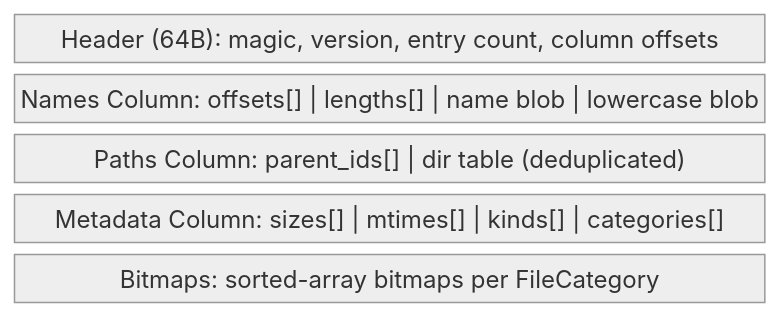
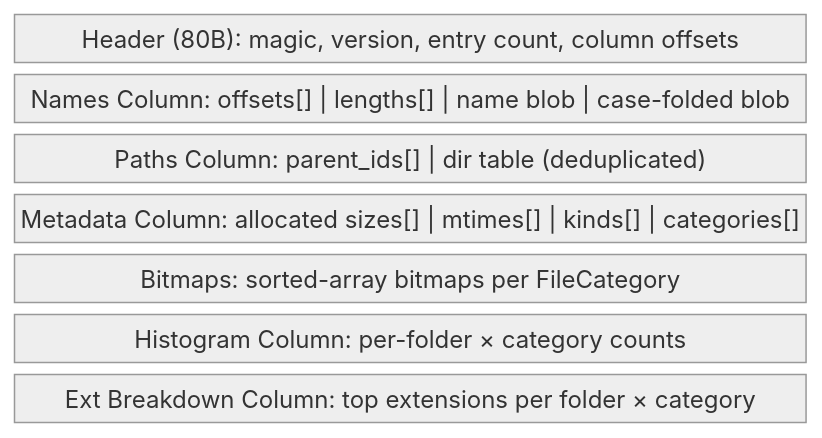
Before and after one commit to HelgeSverre/zest: the second of 4 diagrams in README.md, drawn with Mermaid (neutral theme). The commit also changed other lines of this file and 1 other file, not shown here.

````diff
--- a/README.md
+++ b/README.md
@@ -86,9 +91,11 @@
 ```mermaid
 block-beta
     columns 1
-    H["Header (64B): magic, version, entry count, column offsets"]
-    N["Names Column: offsets[] | lengths[] | name blob | lowercase blob"]
+    H["Header (80B): magic, version, entry count, column offsets"]
+    N["Names Column: offsets[] | lengths[] | name blob | case-folded blob"]
     P["Paths Column: parent_ids[] | dir table (deduplicated)"]
-    M["Metadata Column: sizes[] | mtimes[] | kinds[] | categories[]"]
+    M["Metadata Column: allocated sizes[] | mtimes[] | kinds[] | categories[]"]
     B["Bitmaps: sorted-array bitmaps per FileCategory"]
+    G["Histogram Column: per-folder × category counts"]
+    E["Ext Breakdown Column: top extensions per folder × category"]
 ```
````
